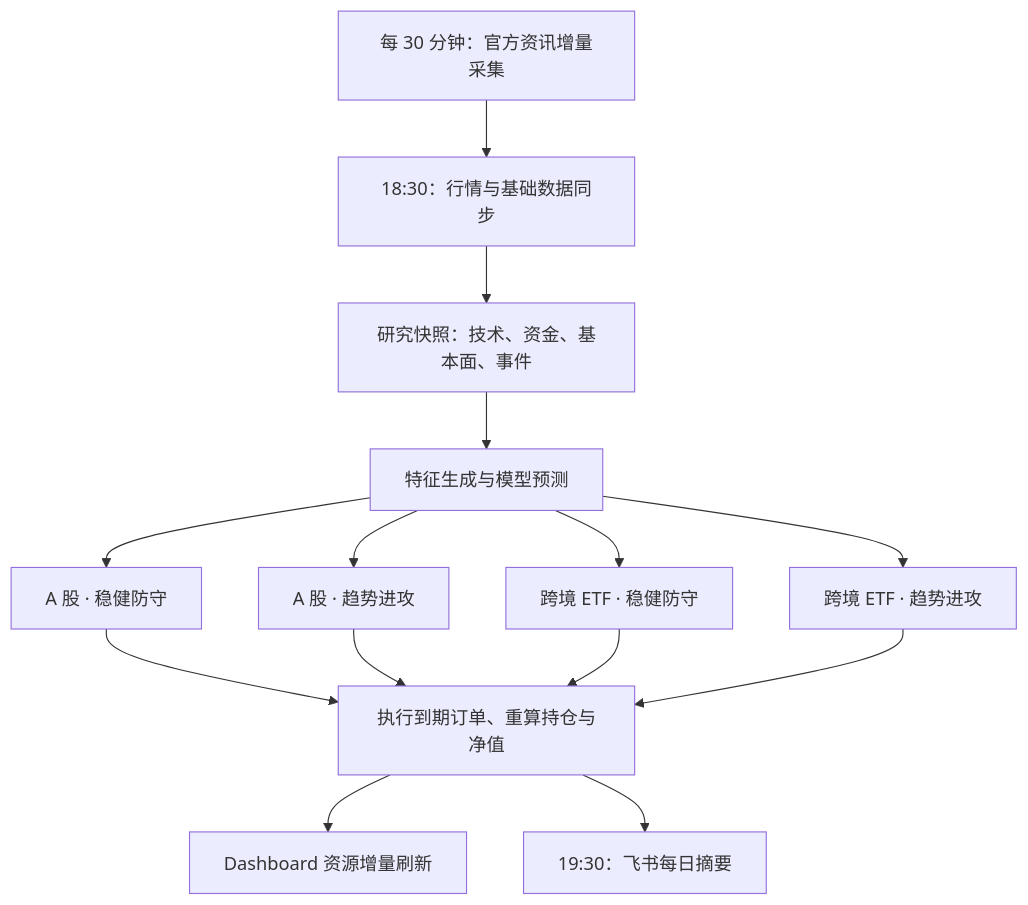
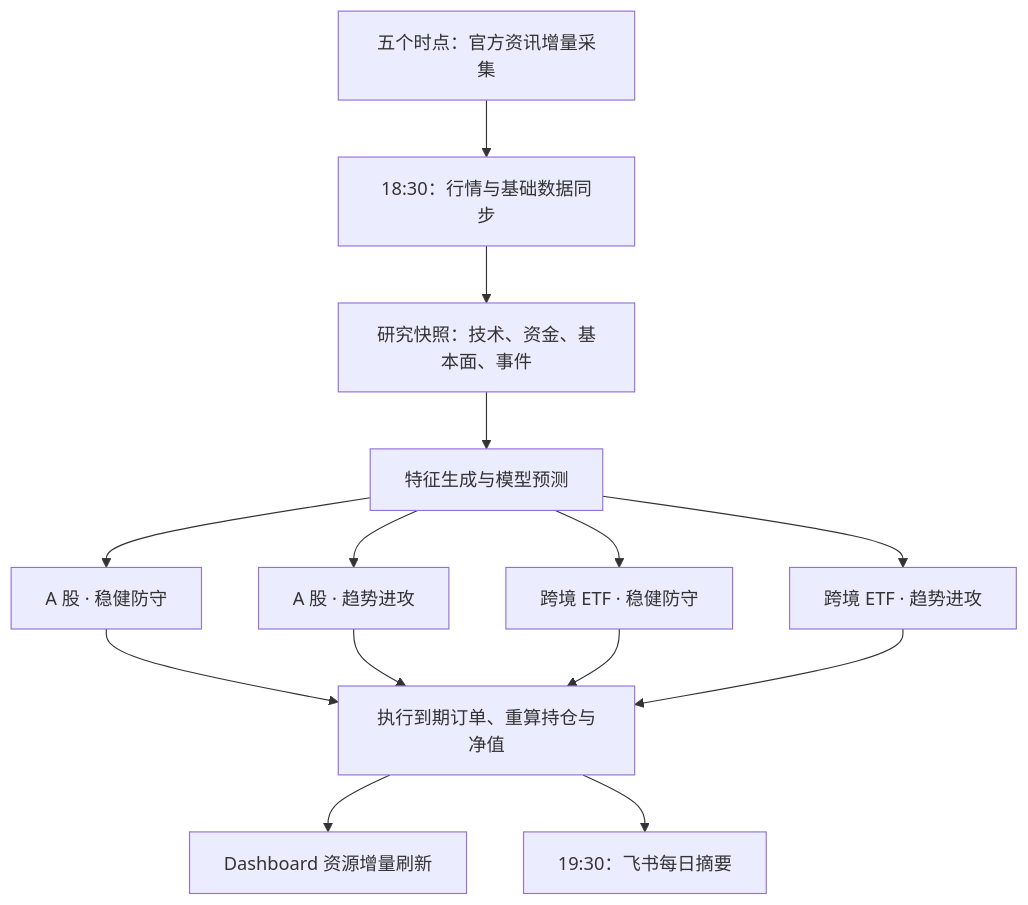
Before and after one commit to skaleto/stock-analyze: the second of 4 diagrams in docs/system-overview.md, drawn with Mermaid. The commit also changed other lines of this file, not shown here.

Commit message:
docs: remove stale dashboard schedule claims

````diff
--- a/docs/system-overview.md
+++ b/docs/system-overview.md
@@ -41,16 +41,16 @@
 ```mermaid
 flowchart TD
-    A[每 30 分钟：官方资讯增量采集] --> B[18:30：行情与基础数据同步]
+    A[五个时点：官方资讯增量采集] --> B[18:30：行情与基础数据同步]
     B --> C[研究快照：技术、资金、基本面、事件]
     C --> D[特征生成与模型预测]
     D --> E[A 股 · 稳健防守]
     D --> F[A 股 · 趋势进攻]
     D --> G[跨境 ETF · 稳健防守]
     D --> H[跨境 ETF · 趋势进攻]
     E --> I[执行到期订单、重算持仓与净值]
     F --> I
     G --> I
     H --> I
     I --> J[Dashboard 资源增量刷新]
     I --> K[19:30：飞书每日摘要]
 ```
````
